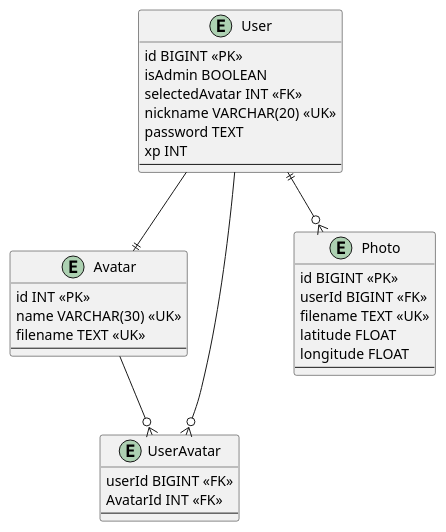
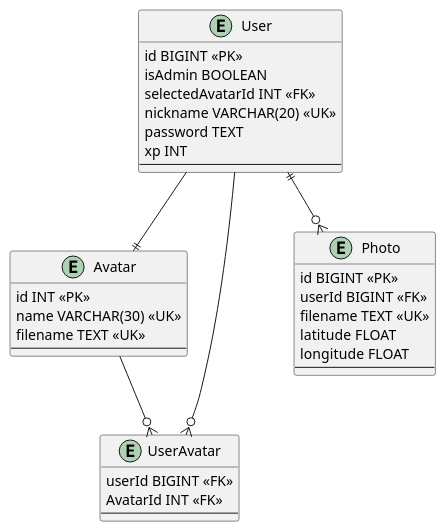
Before and after one commit to augusto-dmh/095cm_xrlab_backend: the diagram in src/database/design/DER_095.plantuml, drawn with PlantUML. The commit also changed 8 other files, not shown here.

First line of the commit message:
refactor: selected_avatar to selectedAvatarId (camelCase for model, snake_case for database)

```diff
--- a/src/database/design/DER_095.plantuml
+++ b/src/database/design/DER_095.plantuml
@@ -1,40 +1,40 @@
 @startuml DER
 
 entity User {
     id BIGINT <<PK>>
     isAdmin BOOLEAN
-    selectedAvatar INT <<FK>>
+    selectedAvatarId INT <<FK>>
     nickname VARCHAR(20) <<UK>>
     password TEXT
     xp INT
     --
 }
 
 entity Avatar {
     id INT <<PK>>
     name VARCHAR(30) <<UK>>
     filename TEXT <<UK>>
     --
 }
 
 entity UserAvatar {
     userId BIGINT <<FK>>
     AvatarId INT <<FK>>
     --
 }
 
 entity Photo {
     id BIGINT <<PK>>
     userId BIGINT <<FK>>
     filename TEXT <<UK>>
     latitude FLOAT
     longitude FLOAT
     --
 }
 
 User ||--o{ Photo
 User --|| Avatar
 User --o{ UserAvatar
 Avatar --o{ UserAvatar
 
 @enduml
```
